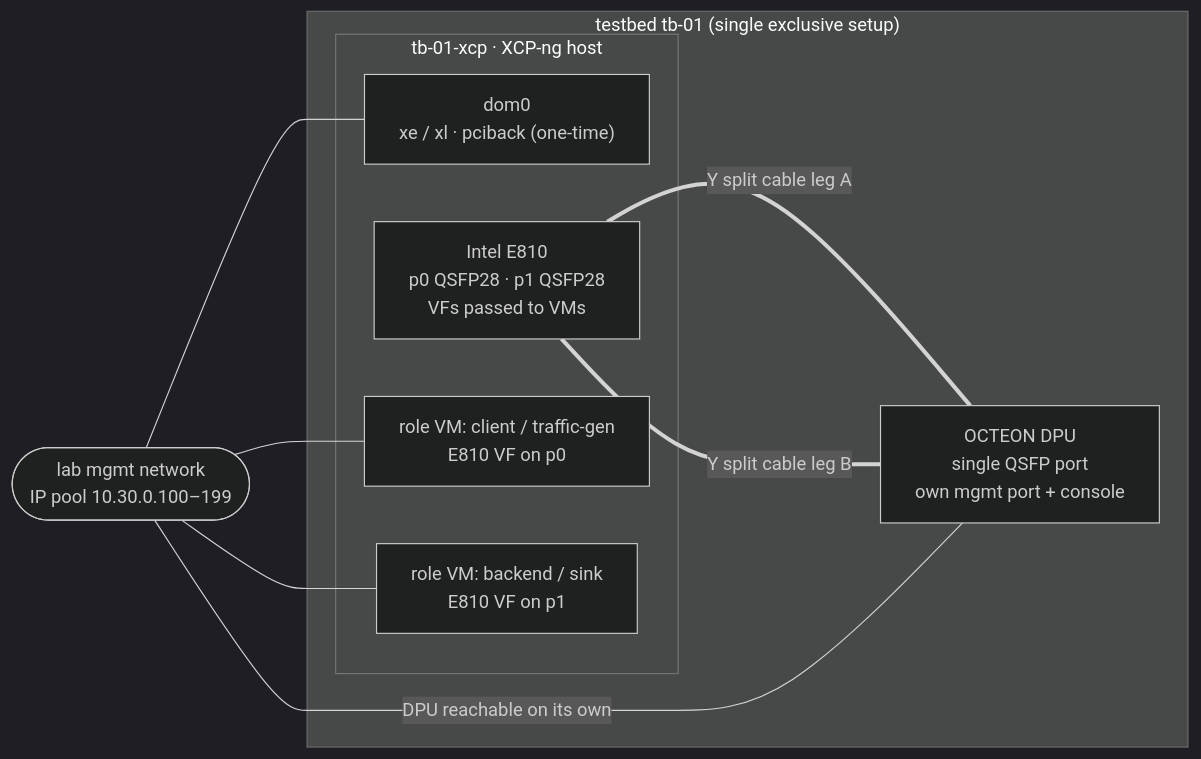
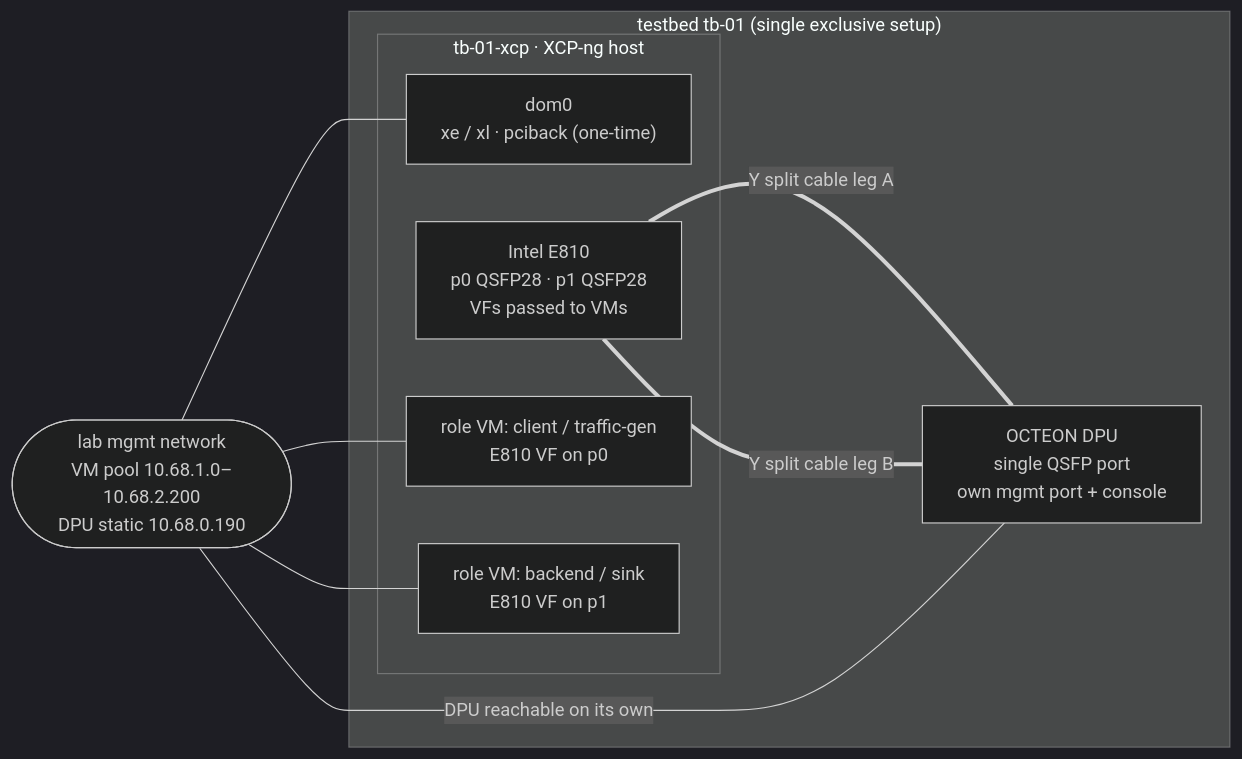
One commit to hrushikesh-sam/dao-lab-selfserve changed the first of 7 diagrams in plan/09-backend-system-design.md. Above: the diagram before and after it, drawn with Mermaid (dark theme). The commit also changed other lines of this file and 5 other files, not shown here.

````diff
--- a/plan/09-backend-system-design.md
+++ b/plan/09-backend-system-design.md
@@ -41,19 +41,19 @@
 ```mermaid
 graph LR
     subgraph TB["testbed tb-01 (single exclusive setup)"]
         subgraph HOST["tb-01-xcp · XCP-ng host"]
             DOM0["dom0<br/>xe / xl · pciback (one-time)"]
             E810["Intel E810<br/>p0 QSFP28 · p1 QSFP28<br/>VFs passed to VMs"]
             VM1["role VM: client / traffic-gen<br/>E810 VF on p0"]
             VM2["role VM: backend / sink<br/>E810 VF on p1"]
         end
         DPU["OCTEON DPU<br/>single QSFP port<br/>own mgmt port + console"]
     end
     E810 ===|"Y split cable leg A"| DPU
     E810 ===|"Y split cable leg B"| DPU
-    MGMT(["lab mgmt network<br/>IP pool 10.30.0.100–199"])
+    MGMT(["lab mgmt network<br/>VM pool 10.68.1.0–10.68.2.200<br/>DPU static 10.68.0.190"])
     MGMT --- DOM0
     MGMT --- VM1
     MGMT --- VM2
     MGMT ---|"DPU reachable on its own"| DPU
 ```
````
